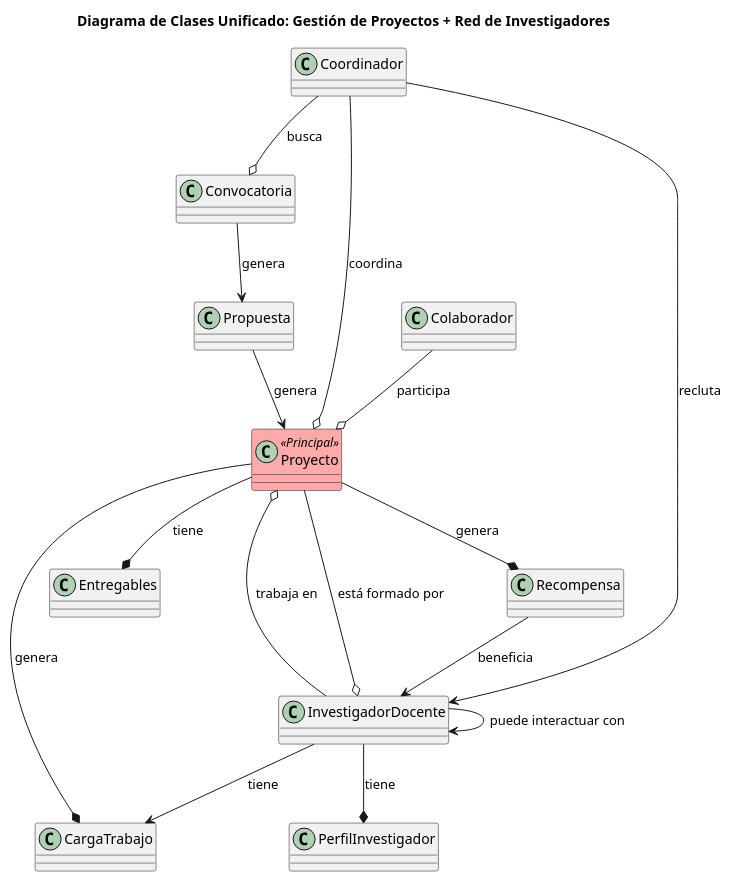
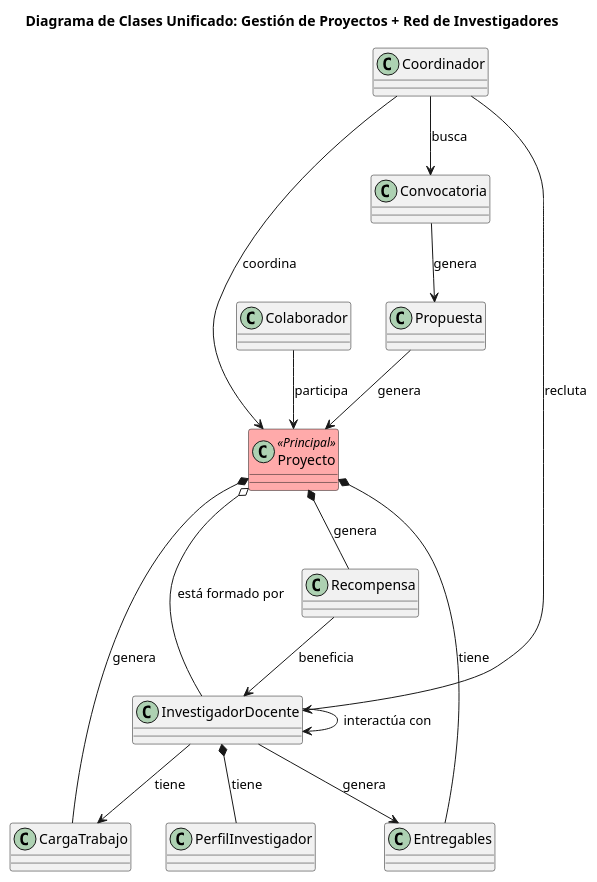
One commit to 31Diego/25-26-IdSw1-SdR changed the diagram in documentación/ModeloDelDominio/Diagramas/Clases/DiagramaClasesProyectoRed.puml. Above: the diagram before and after it, drawn with PlantUML. The commit also changed 10 other files, not shown here.

Commit message:
corrección errores en las relaciones de los diagramas

```diff
--- a/documentación/ModeloDelDominio/Diagramas/Clases/DiagramaClasesProyectoRed.puml
+++ b/documentación/ModeloDelDominio/Diagramas/Clases/DiagramaClasesProyectoRed.puml
@@ -1,73 +1,62 @@
 @startuml SDiagramaClases
 
 title "Diagrama de Clases Unificado: Gestión de Proyectos + Red de Investigadores"
 
-
-
 class Proyecto <<Principal>> #FFAAAA {
-
 }
 
 class Convocatoria {
 }
 
 class Propuesta {
 }
 
 class InvestigadorDocente {
-
 }
 
 class Coordinador {
 }
 
 class Colaborador {
 }
 
 class CargaTrabajo {
-
 }
 
 class Entregables {
 }
 
 class Recompensa {
 }
 
 class PerfilInvestigador {
 }
 
-
-
+'--- Relaciones de Convocatoria y Propuesta ---
 Convocatoria --> Propuesta : genera
 Propuesta --> Proyecto : genera
 
-Proyecto --o InvestigadorDocente : "está formado por"
-Proyecto --* Entregables : tiene
-Proyecto --* CargaTrabajo : genera
-Proyecto --* Recompensa : genera
+'--- Relación Proyecto con sus partes ---
+Proyecto o-- InvestigadorDocente : "está formado por"
+Proyecto *-- Entregables : tiene
+Proyecto *-- CargaTrabajo : genera
+Proyecto *-- Recompensa : genera
 
-Coordinador --o Proyecto : coordina
-Coordinador --o Convocatoria : busca
+'--- Relaciones del Coordinador ---
+Coordinador --> Proyecto : coordina
+Coordinador --> Convocatoria : busca
+Coordinador --> InvestigadorDocente : recluta
 
-Colaborador --o Proyecto : participa
+'--- Relaciones de Colaborador ---
+Colaborador --> Proyecto : participa
 
+'--- Relación Investigador con otros elementos ---
 InvestigadorDocente --> CargaTrabajo : tiene
-InvestigadorDocente --o Proyecto : trabaja en
+InvestigadorDocente *-- PerfilInvestigador : tiene
+InvestigadorDocente --> InvestigadorDocente : interactúa con
+InvestigadorDocente --> Entregables : genera
 
+'--- Recompensa sobre investigadores ---
 Recompensa --> InvestigadorDocente : beneficia
 
-
-
-
-
-
-InvestigadorDocente --* PerfilInvestigador : tiene
-InvestigadorDocente --> InvestigadorDocente : puede interactuar con
-
-
-
-Coordinador --> InvestigadorDocente : recluta
-
-
 @enduml
```
